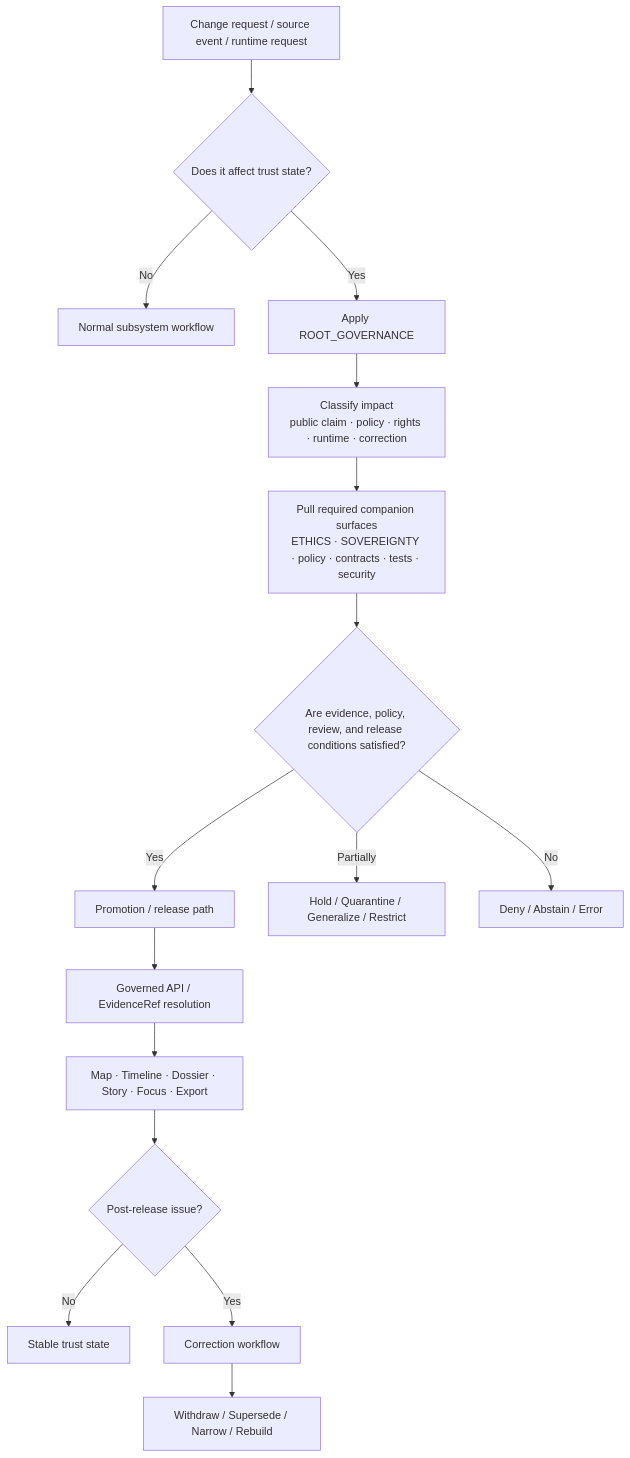
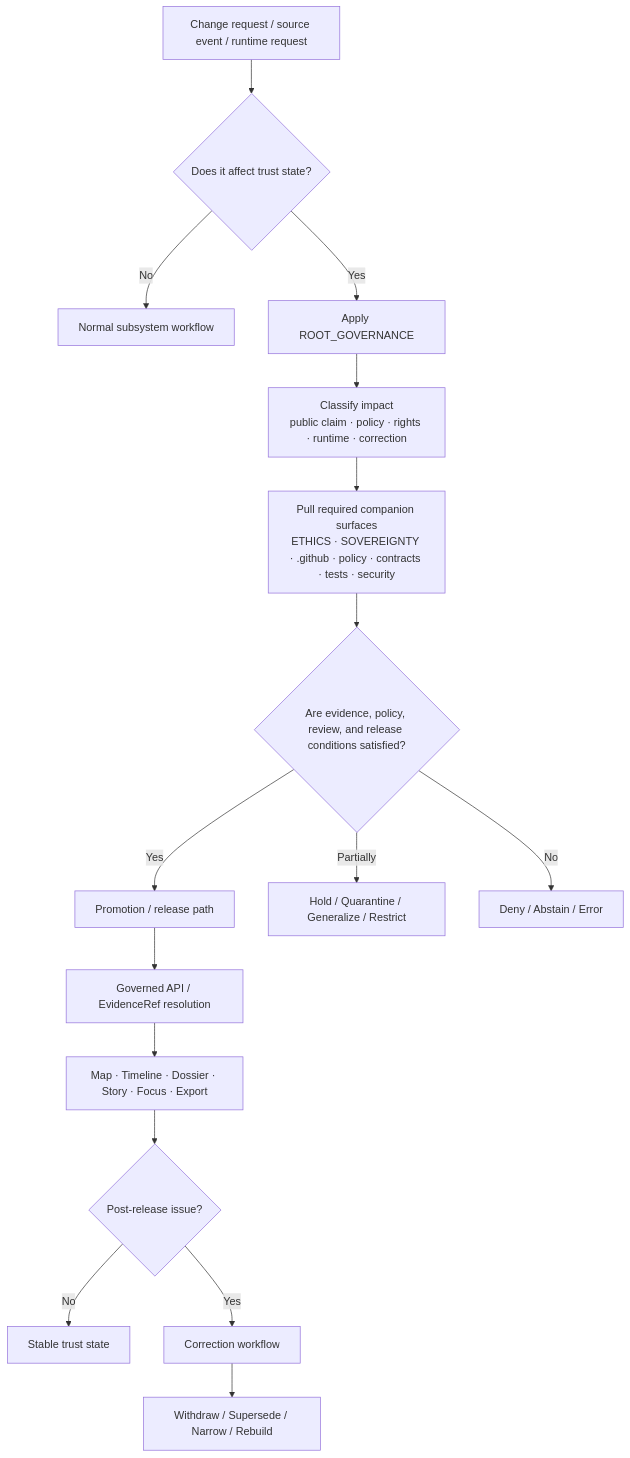
The diagram in docs/governance/ROOT_GOVERNANCE.md (bartytime4life/Kansas-Frontier-Matrix), drawn with Mermaid before and after one commit. The commit also changed other lines of this file, not shown here.

````diff
--- a/docs/governance/ROOT_GOVERNANCE.md
+++ b/docs/governance/ROOT_GOVERNANCE.md
@@ -244,22 +248,22 @@
 ```mermaid
 flowchart TD
     A[Change request / source event / runtime request] --> B{Does it affect trust state?}
     B -->|No| C[Normal subsystem workflow]
     B -->|Yes| D[Apply ROOT_GOVERNANCE]
 
     D --> E[Classify impact\npublic claim · policy · rights · runtime · correction]
-    E --> F[Pull required companion surfaces\nETHICS · SOVEREIGNTY · policy · contracts · tests · security]
+    E --> F[Pull required companion surfaces\nETHICS · SOVEREIGNTY · .github · policy · contracts · tests · security]
     F --> G{Are evidence, policy, review, and release conditions satisfied?}
 
     G -->|Yes| H[Promotion / release path]
     H --> I[Governed API / EvidenceRef resolution]
     I --> J[Map · Timeline · Dossier · Story · Focus · Export]
 
     G -->|Partially| K[Hold / Quarantine / Generalize / Restrict]
     G -->|No| L[Deny / Abstain / Error]
 
     J --> M{Post-release issue?}
     M -->|No| N[Stable trust state]
     M -->|Yes| O[Correction workflow]
     O --> P[Withdraw / Supersede / Narrow / Rebuild]
 ```
````
